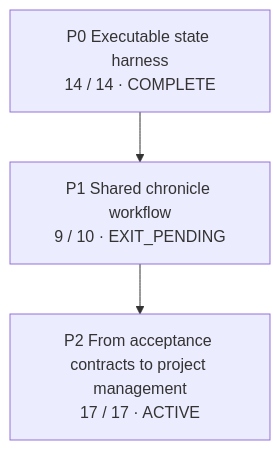
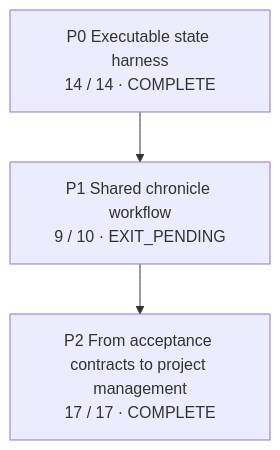
Before and after one commit to qomero/prokron: the diagram in .prokron/phases.mmd, drawn with Mermaid. The commit also changed 22 other files, not shown here.

```diff
--- a/.prokron/phases.mmd
+++ b/.prokron/phases.mmd
@@ -1,6 +1,6 @@
 flowchart TD
     P0["P0 Executable state harness<br/>14 / 14 · COMPLETE"]
     P1["P1 Shared chronicle workflow<br/>9 / 10 · EXIT_PENDING"]
-    P2["P2 From acceptance contracts to project management<br/>17 / 17 · ACTIVE"]
+    P2["P2 From acceptance contracts to project management<br/>17 / 17 · COMPLETE"]
     P0 --> P1
     P1 --> P2
```
